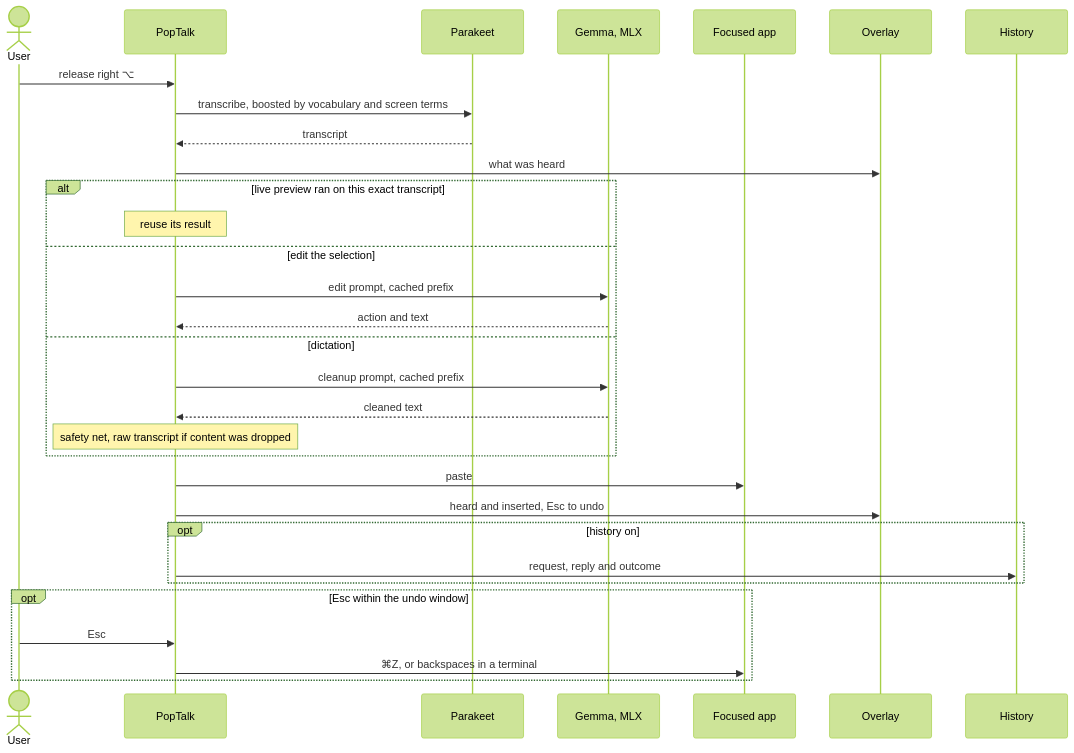
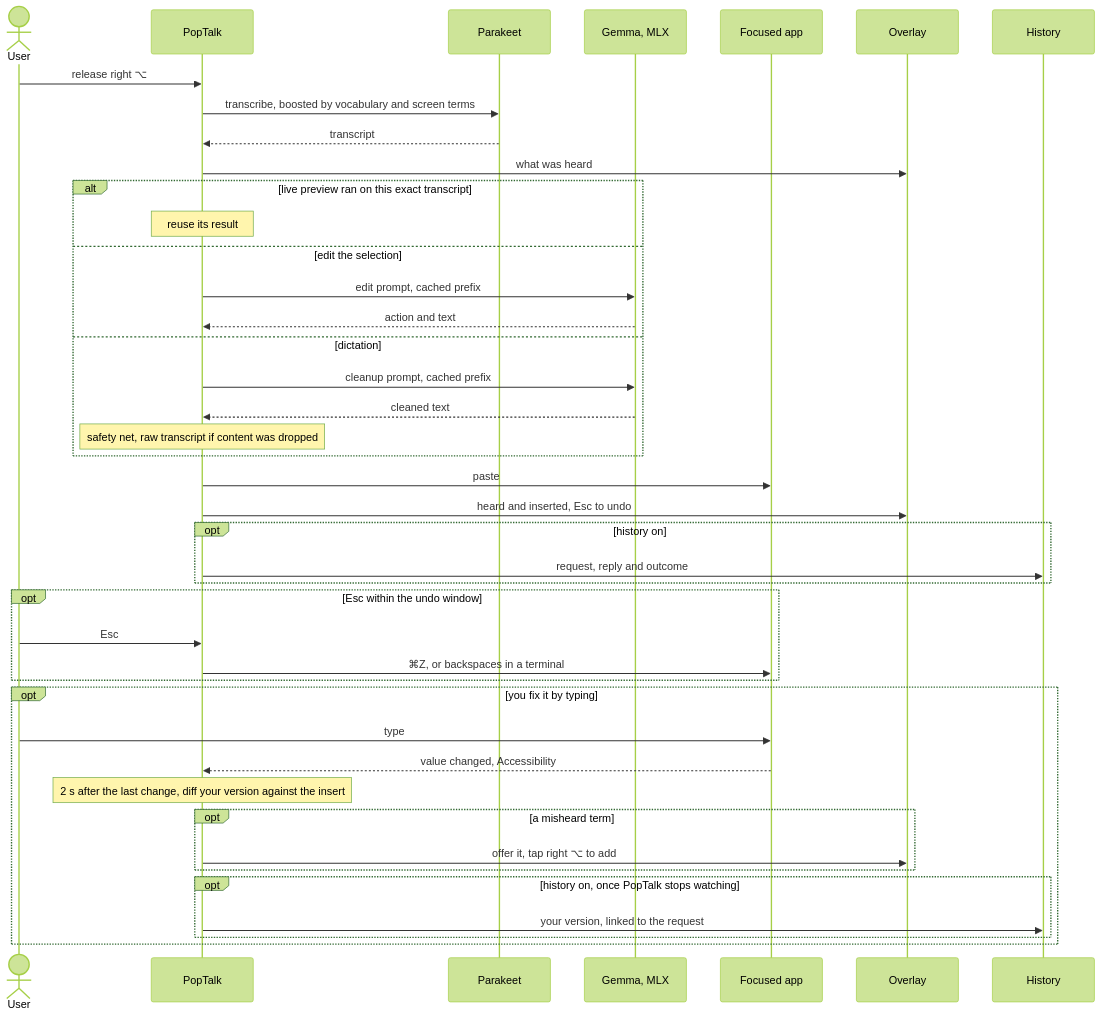
Before and after one commit to thirteen37/PopTalk: the fourth of 4 diagrams in README.md, drawn with Mermaid (forest theme). The commit also changed other lines of this file and 9 other files, not shown here.

````diff
--- a/README.md
+++ b/README.md
@@ -111,34 +116,45 @@
 ```mermaid
 sequenceDiagram
     actor User
     participant App as PopTalk
     participant ASR as Parakeet
     participant LLM as Gemma, MLX
     participant Field as Focused app
     participant Overlay
     participant History
 
     User->>App: release right ⌥
     App->>ASR: transcribe, boosted by vocabulary and screen terms
     ASR-->>App: transcript
     App->>Overlay: what was heard
     alt live preview ran on this exact transcript
         Note over App: reuse its result
     else edit the selection
         App->>LLM: edit prompt, cached prefix
         LLM-->>App: action and text
     else dictation
         App->>LLM: cleanup prompt, cached prefix
         LLM-->>App: cleaned text
         Note over App: safety net, raw transcript if content was dropped
     end
     App->>Field: paste
     App->>Overlay: heard and inserted, Esc to undo
     opt history on
         App->>History: request, reply and outcome
     end
     opt Esc within the undo window
         User->>App: Esc
         App->>Field: ⌘Z, or backspaces in a terminal
     end
+    opt you fix it by typing
+        User->>Field: type
+        Field-->>App: value changed, Accessibility
+        Note over App: 2 s after the last change, diff your version against the insert
+        opt a misheard term
+            App->>Overlay: offer it, tap right ⌥ to add
+        end
+        opt history on, once PopTalk stops watching
+            App->>History: your version, linked to the request
+        end
+    end
 ```
````
